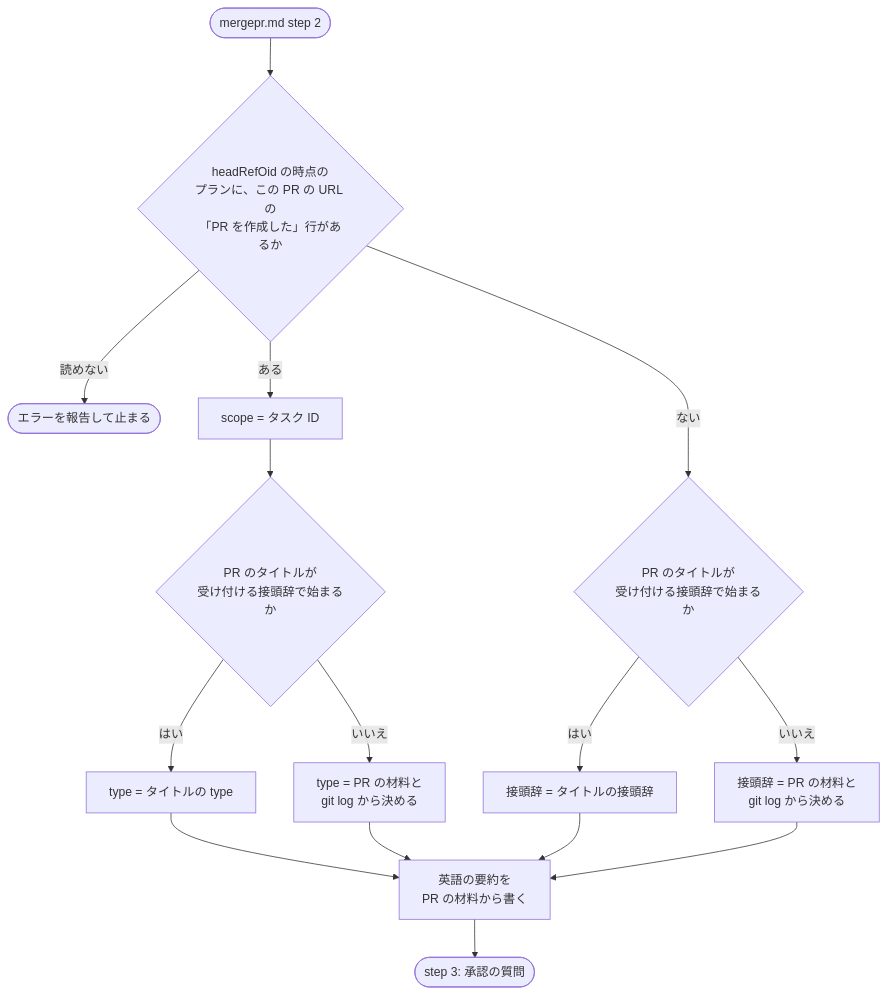
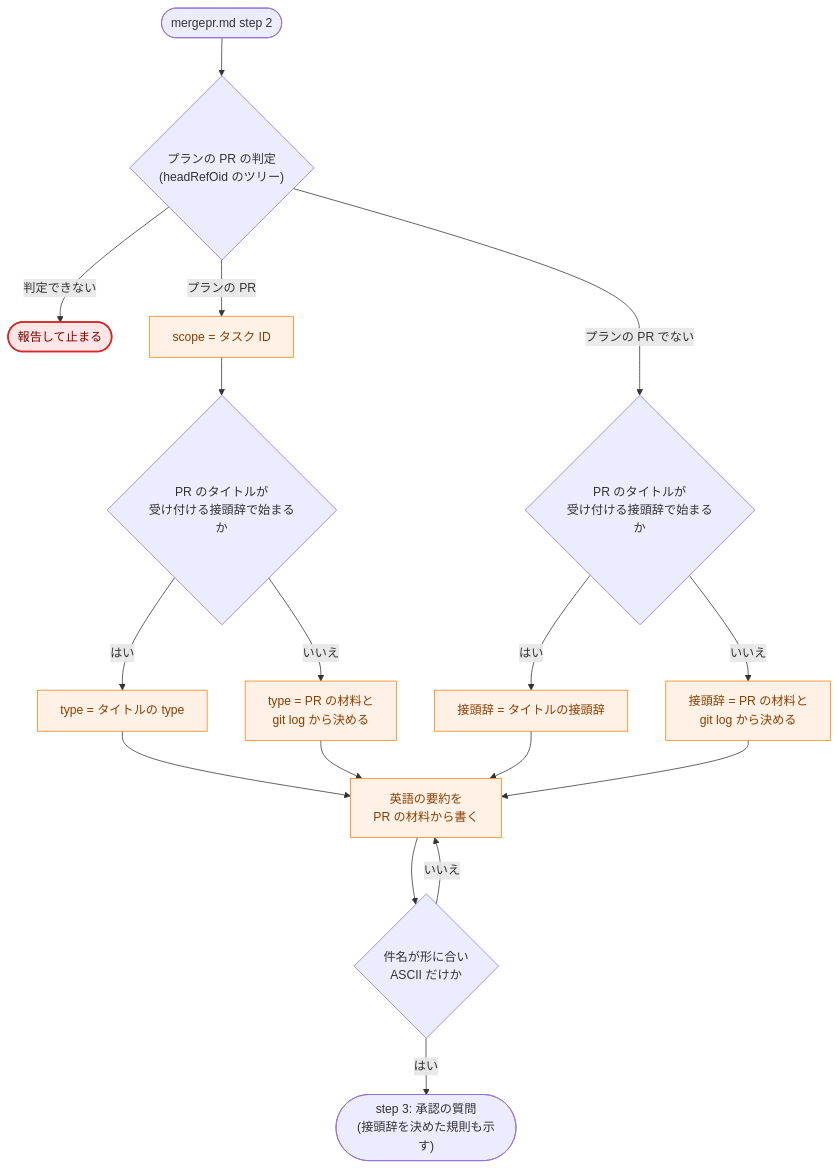
Before and after one commit to isseis/yt2column: the eighth of 11 diagrams in docs/tasks/0032_japanese_pr_title/02_architecture.md, drawn with Mermaid. The commit also changed other lines of this file, not shown here.

First line of the commit message:
docs(0032): address the architecture review and prose pass

````diff
--- a/docs/tasks/0032_japanese_pr_title/02_architecture.md
+++ b/docs/tasks/0032_japanese_pr_title/02_architecture.md
@@ -422,17 +474,25 @@
 ```mermaid
 flowchart TD
-    Start(["mergepr.md step 2"]) --> Plan{"headRefOid の時点の<br>プランに、この PR の URL の<br>「PR を作成した」行があるか"}
-    Plan -->|"読めない"| Stop(["エラーを報告して止まる"])
-    Plan -->|"ある"| PScope["scope = タスク ID"]
-    Plan -->|"ない"| Title1{"PR のタイトルが<br>受け付ける接頭辞で始まるか"}
+    classDef process fill:#fff1e6,stroke:#ff7f0e,stroke-width:1px,color:#8a3e00;
+    classDef problem fill:#ffe6e6,stroke:#d62728,stroke-width:2px,color:#7b0000;
+
+    Start(["mergepr.md step 2"]) --> Plan{"プランの PR の判定<br>(headRefOid のツリー)"}
+    Plan -->|"判定できない"| Stop(["報告して止まる"])
+    Plan -->|"プランの PR"| PScope["scope = タスク ID"]
+    Plan -->|"プランの PR でない"| Title1{"PR のタイトルが<br>受け付ける接頭辞で始まるか"}
     PScope --> Title2{"PR のタイトルが<br>受け付ける接頭辞で始まるか"}
     Title2 -->|"はい"| PType["type = タイトルの type"]
     Title2 -->|"いいえ"| PMat["type = PR の材料と<br>git log から決める"]
     Title1 -->|"はい"| SPre["接頭辞 = タイトルの接頭辞"]
     Title1 -->|"いいえ"| SMat["接頭辞 = PR の材料と<br>git log から決める"]
     PType --> Sum["英語の要約を<br>PR の材料から書く"]
     PMat --> Sum
     SPre --> Sum
     SMat --> Sum
-    Sum --> Ask(["step 3: 承認の質問"])
+    Sum --> Chk{"件名が形に合い<br>ASCII だけか"}
+    Chk -->|"いいえ"| Sum
+    Chk -->|"はい"| Ask(["step 3: 承認の質問<br>(接頭辞を決めた規則も示す)"])
+
+    class PScope,PType,PMat,SPre,SMat,Sum process
+    class Stop problem
 ```
````
